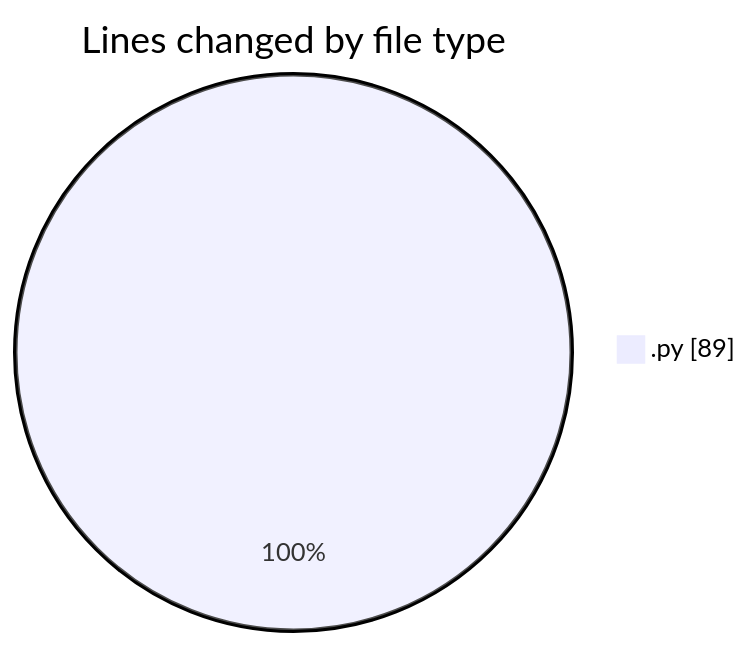
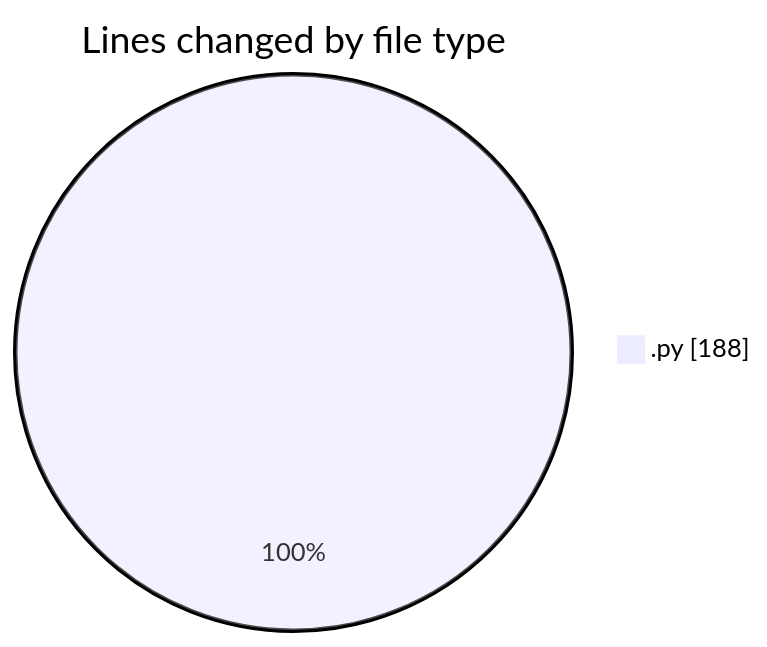
Before and after one commit to MatusMokan/code-tracking: the first of 2 diagrams in 2025-07-26/myws__workspace_/README.md, drawn with Mermaid. The commit also changed other lines of this file and 1 other file, not shown here.

````diff
--- a/2025-07-26/myws__workspace_/README.md
+++ b/2025-07-26/myws__workspace_/README.md
@@ -20,5 +20,5 @@
 ```mermaid
 pie showData
 title Lines changed by file type
-".py" : 89
+".py" : 188
 ```
````
